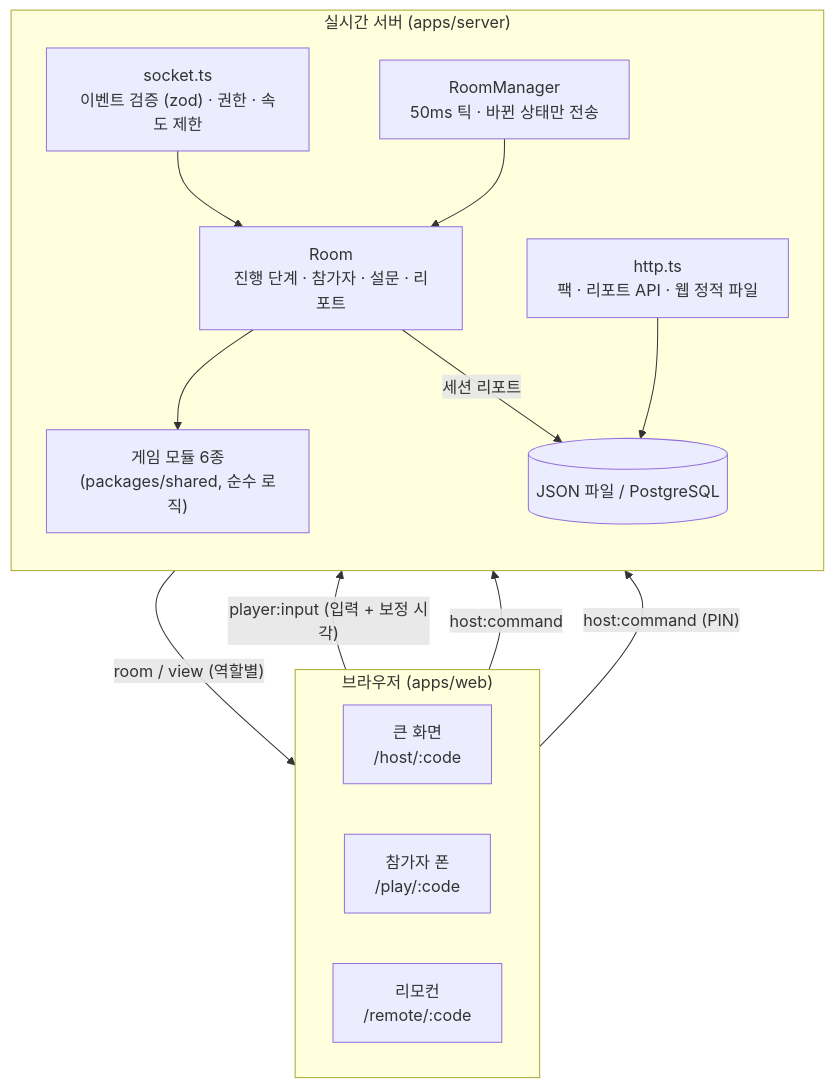
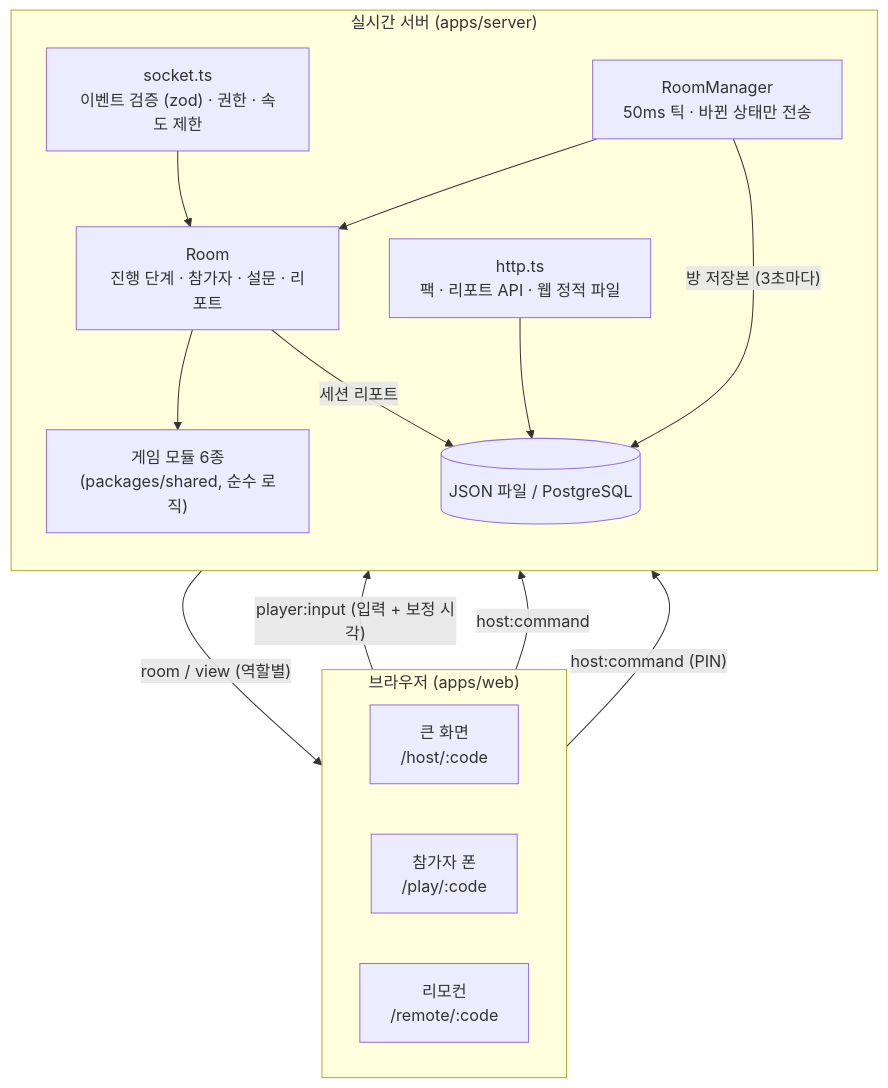
One commit to ddeeqq/caps changed the first of 2 diagrams in docs/architecture.md. Above: the diagram before and after it, drawn with Mermaid. The commit also changed other lines of this file and 4 other files, not shown here.

````diff
--- a/docs/architecture.md
+++ b/docs/architecture.md
@@ -7,26 +7,27 @@
 ```mermaid
 flowchart TB
   subgraph Client["브라우저 (apps/web)"]
     direction LR
     Screen["큰 화면<br/>/host/:code"]
     Phone["참가자 폰<br/>/play/:code"]
     Remote["리모컨<br/>/remote/:code"]
   end
   subgraph Server["실시간 서버 (apps/server)"]
     direction TB
     Socket["socket.ts<br/>이벤트 검증 (zod) · 권한 · 속도 제한"]
     Manager["RoomManager<br/>50ms 틱 · 바뀐 상태만 전송"]
     Room["Room<br/>진행 단계 · 참가자 · 설문 · 리포트"]
     Games["게임 모듈 6종<br/>(packages/shared, 순수 로직)"]
     HTTP["http.ts<br/>팩 · 리포트 API · 웹 정적 파일"]
     Store[("JSON 파일 / PostgreSQL")]
   end
   Phone -- "player:input (입력 + 보정 시각)" --> Socket
   Screen -- "host:command" --> Socket
   Remote -- "host:command (PIN)" --> Socket
   Socket --> Room
   Manager --> Room --> Games
   Manager -- "room / view (역할별)" --> Client
   HTTP --> Store
   Room -- "세션 리포트" --> Store
+  Manager -- "방 저장본 (3초마다)" --> Store
 ```
````
